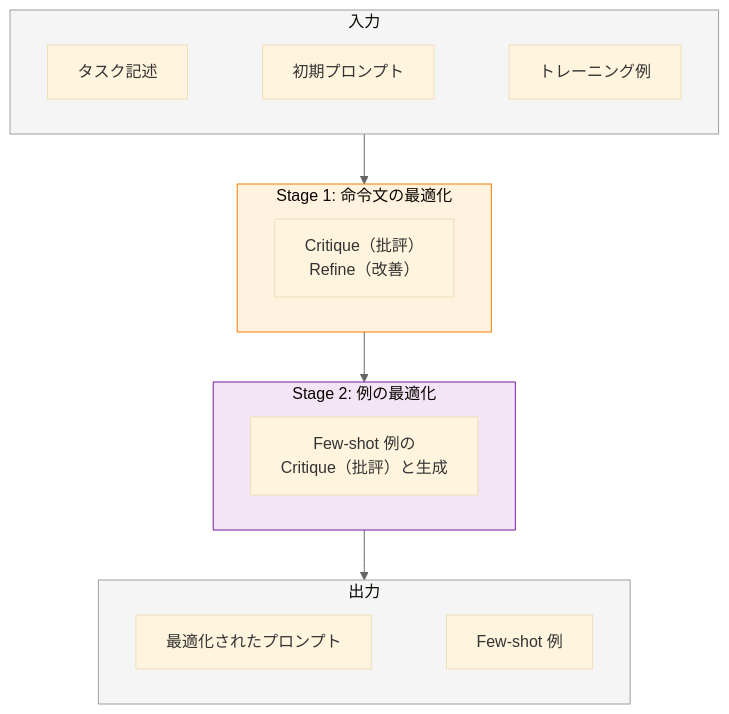
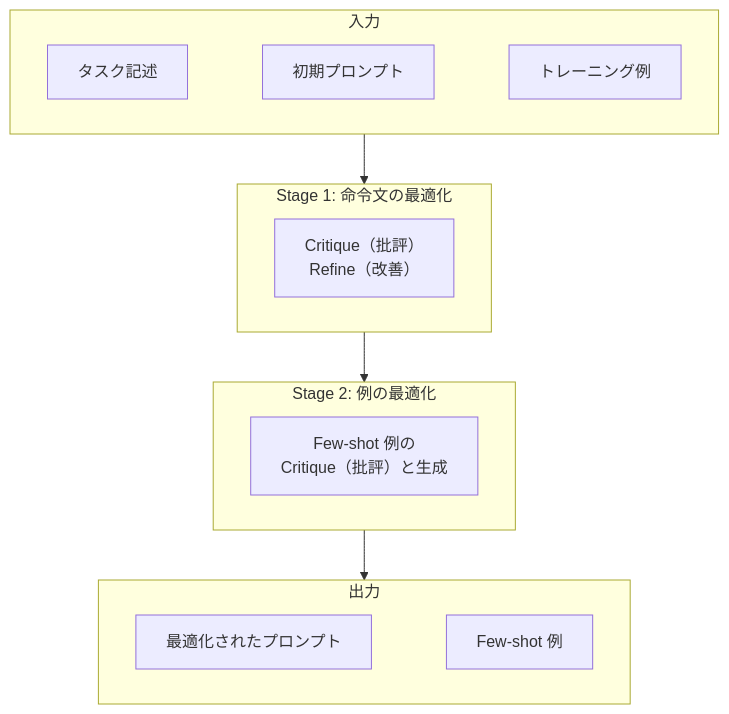
Before and after one commit to nomhiro/zenn-blog: the first of 5 diagrams in articles/promptwizard-vs-agentlightning.md, drawn with Mermaid. The commit also changed other lines of this file, not shown here.

````diff
--- a/articles/promptwizard-vs-agentlightning.md
+++ b/articles/promptwizard-vs-agentlightning.md
@@ -65,30 +65,24 @@
 ```mermaid
-%%{init: {'theme': 'base', 'themeVariables': { 'primaryTextColor': '#333', 'lineColor': '#666' }}}%%
 flowchart TB
     subgraph Input["入力"]
         direction LR
         I1[タスク記述] ~~~ I2[初期プロンプト] ~~~ I3[トレーニング例]
     end
 
     subgraph Stage1["Stage 1: 命令文の最適化"]
         direction LR
         S1[Critique（批評）<br>Refine（改善）]
     end
 
     subgraph Stage2["Stage 2: 例の最適化"]
         direction LR
         S2[Few-shot 例の<br>Critique（批評）と生成]
     end
 
     subgraph Output["出力"]
         direction LR
         O1[最適化されたプロンプト] ~~~ O2[Few-shot 例]
     end
 
     Input --> Stage1 --> Stage2 --> Output
-
-    style Input fill:#f5f5f5,stroke:#9e9e9e
-    style Stage1 fill:#fff3e0,stroke:#f57c00
-    style Stage2 fill:#f3e5f5,stroke:#7b1fa2
-    style Output fill:#f5f5f5,stroke:#9e9e9e
 ```
````
